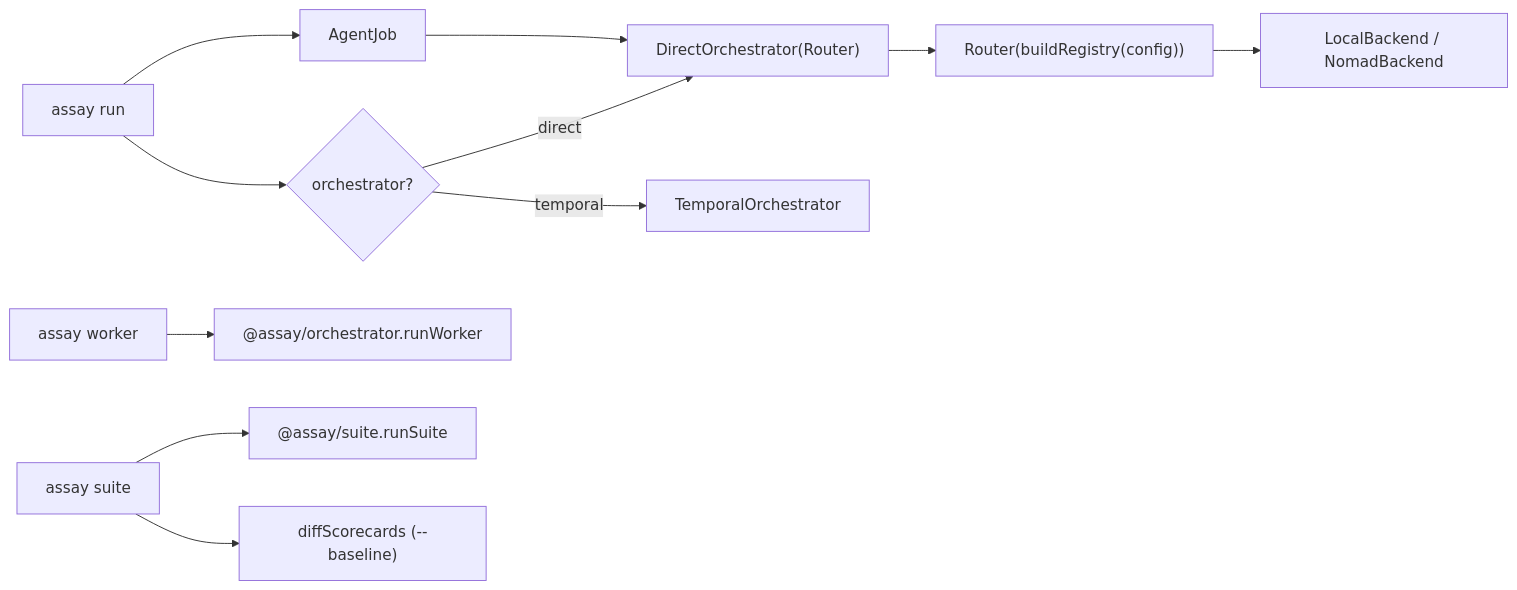
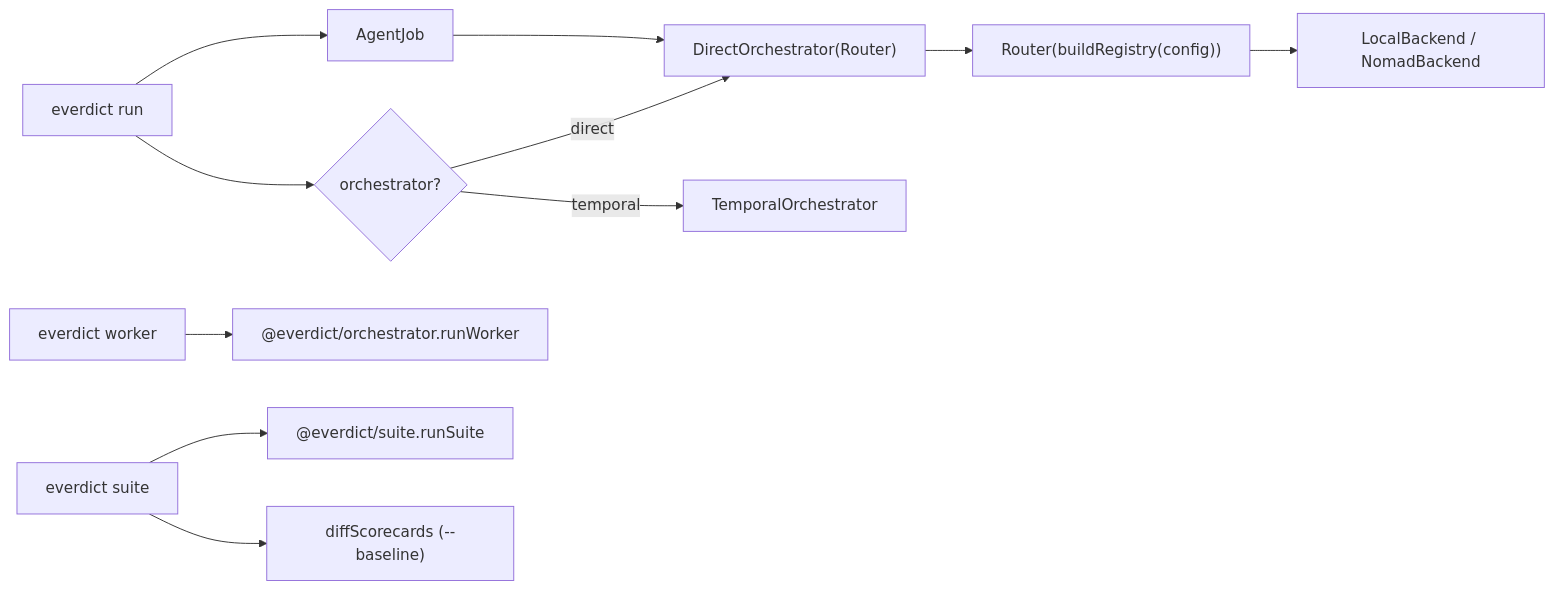
Before and after one commit to everdict/everdict: diagram 23 of 24 in docs/architecture/collaboration.md, drawn with Mermaid. The commit also changed other lines of this file and 627 other files, not shown here.

````diff
--- a/docs/architecture/collaboration.md
+++ b/docs/architecture/collaboration.md
@@ -955,13 +955,13 @@
 ```mermaid
 flowchart LR
-  run["assay run"] --> orch{orchestrator?}
+  run["everdict run"] --> orch{orchestrator?}
   orch -->|direct| DO["DirectOrchestrator(Router)"]
   orch -->|temporal| TO["TemporalOrchestrator"]
   DO --> Router["Router(buildRegistry(config))"]
   Router --> B["LocalBackend / NomadBackend"]
   run --> job[AgentJob] --> DO
 
-  worker["assay worker"] --> runWorker["@assay/orchestrator.runWorker"]
-  suite["assay suite"] --> runSuite["@assay/suite.runSuite"]
+  worker["everdict worker"] --> runWorker["@everdict/orchestrator.runWorker"]
+  suite["everdict suite"] --> runSuite["@everdict/suite.runSuite"]
   suite --> diff["diffScorecards (--baseline)"]
 ```
````
